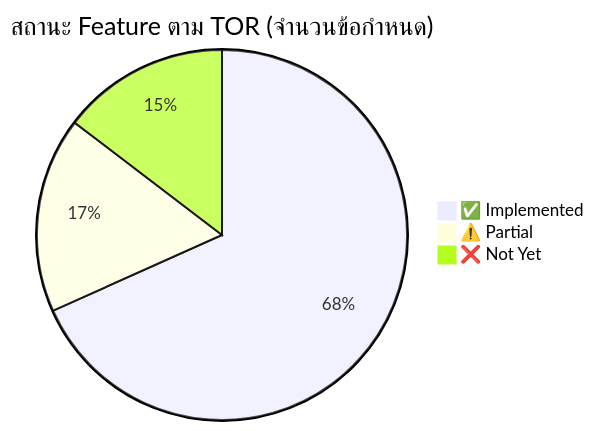
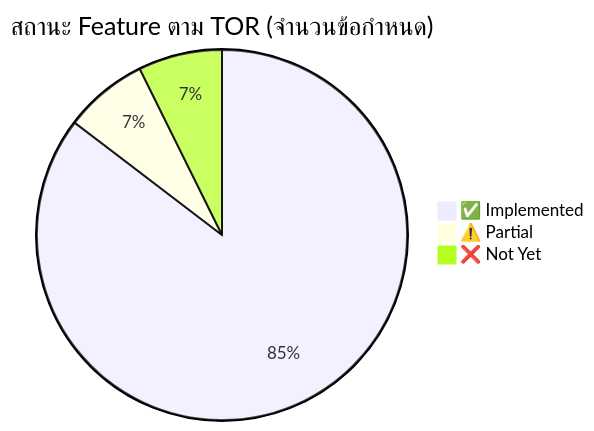
Before and after one commit to sujittrapankaraket-sketch/CNI-Property-Lost-Found-Management-System: the first of 19 diagrams in WORKFLOW_DATAFLOW.md, drawn with Mermaid. The commit also changed other lines of this file and 4 other files, not shown here.

````diff
--- a/WORKFLOW_DATAFLOW.md
+++ b/WORKFLOW_DATAFLOW.md
@@ -17,6 +17,6 @@
 ```mermaid
 pie title สถานะ Feature ตาม TOR (จำนวนข้อกำหนด)
-    "✅ Implemented" : 28
-    "⚠️ Partial" : 7
-    "❌ Not Yet" : 6
+    "✅ Implemented" : 35
+    "⚠️ Partial" : 3
+    "❌ Not Yet" : 3
 ```
````
